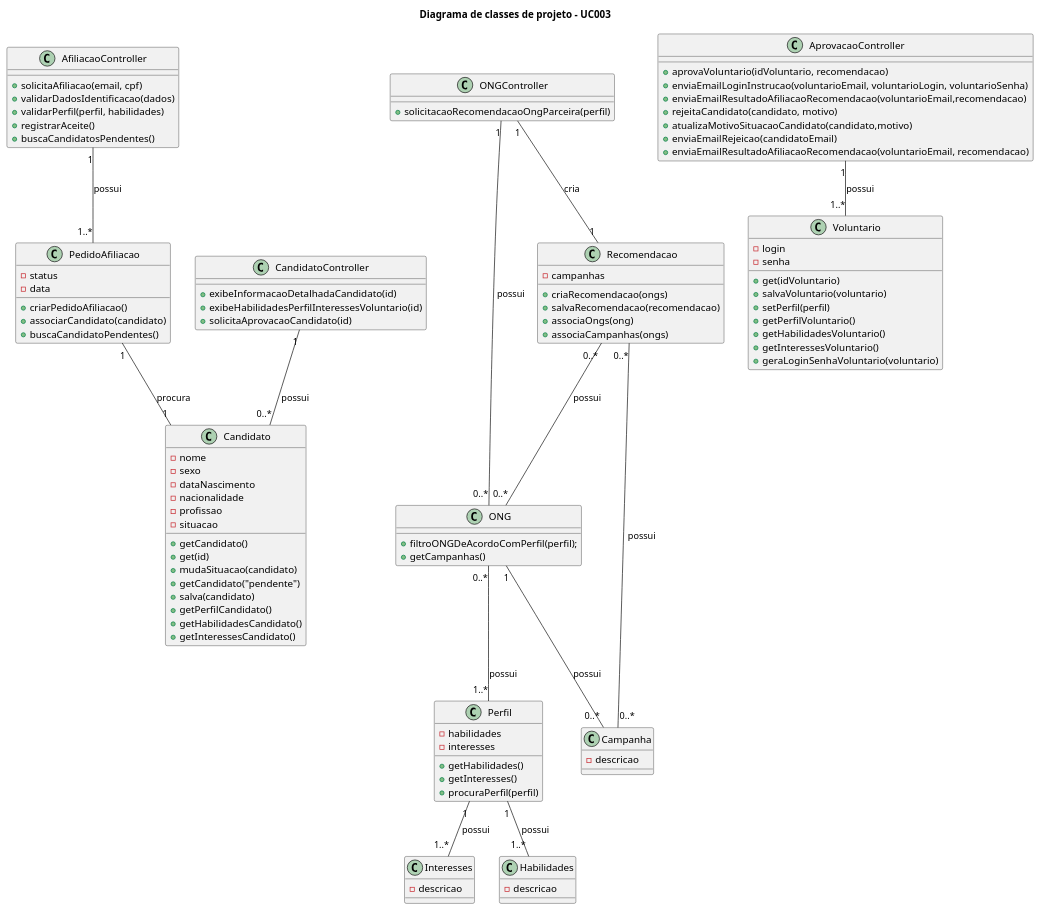
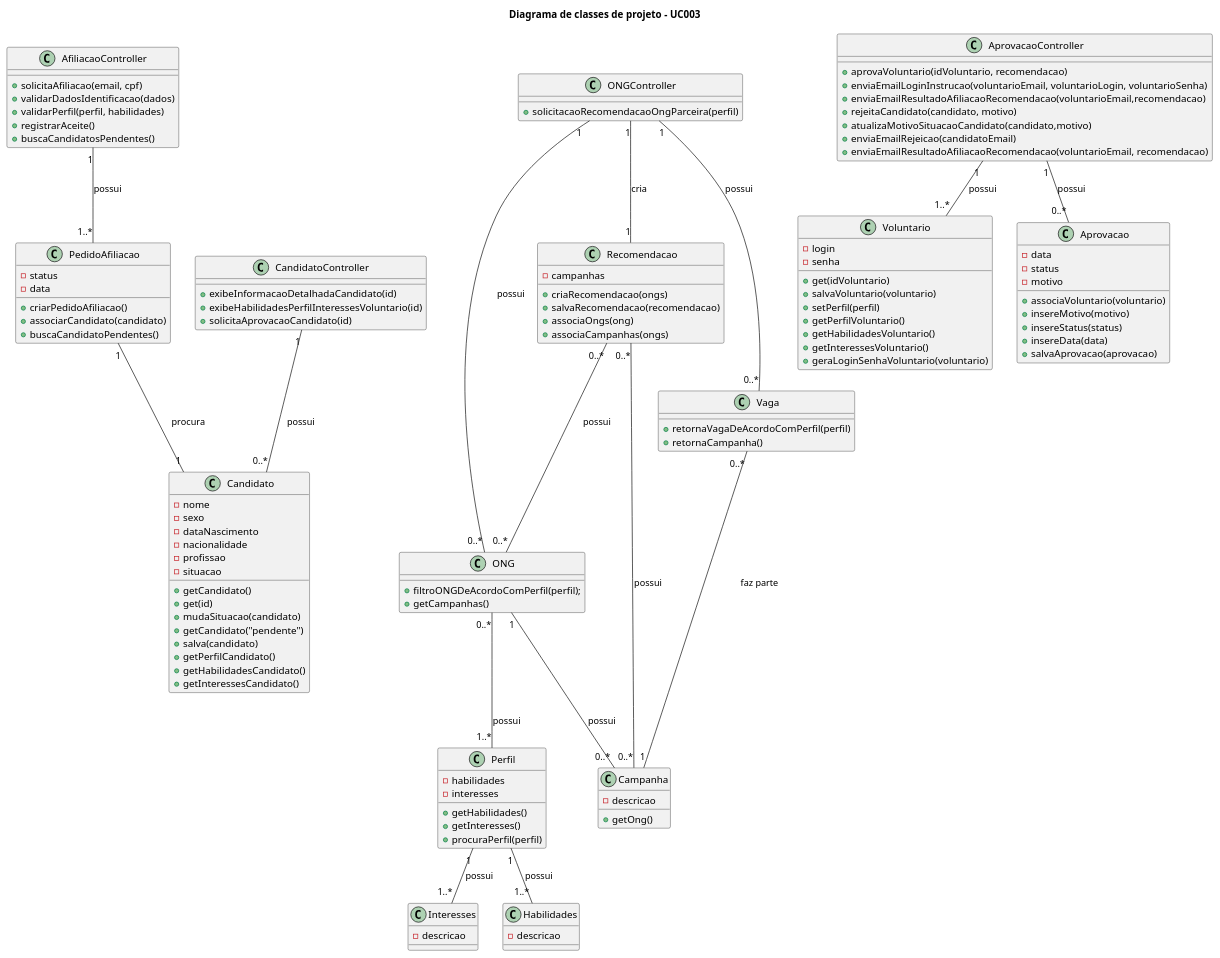
The diagram in docs/diagrama-de-classes-projeto/classes-projeto-uc03.puml (guisgiacomini/redeMaisSocialProjetoSoftware), drawn with PlantUML before and after one commit.

Commit message:
Update diagrama de classes de projeto

```diff
--- a/docs/diagrama-de-classes-projeto/classes-projeto-uc03.puml
+++ b/docs/diagrama-de-classes-projeto/classes-projeto-uc03.puml
@@ -1,128 +1,152 @@
 @startuml
 
 title Diagrama de classes de projeto - UC003
 
 ' Primeira Etapa
 
 class AfiliacaoController {
     +solicitaAfiliacao(email, cpf)
     +validarDadosIdentificacao(dados)
     +validarPerfil(perfil, habilidades)
     +registrarAceite()
     +buscaCandidatosPendentes()
 }
 
 class PedidoAfiliacao {
     -status
     -data
     +criarPedidoAfiliacao()
     +associarCandidato(candidato)
     +buscaCandidatoPendentes()
 
 }
 
 class Candidato {
     -nome
     -sexo
     -dataNascimento
     -nacionalidade
     -profissao
     -situacao
     +getCandidato()
     +get(id)
     +mudaSituacao(candidato)
     +getCandidato("pendente")
     +salva(candidato)
     +getPerfilCandidato()
     +getHabilidadesCandidato()
     +getInteressesCandidato()
 }
 
 
 AfiliacaoController "1" -- "1..*" PedidoAfiliacao: possui
 PedidoAfiliacao "1" -- "1" Candidato: procura
 
 class CandidatoController {
     +exibeInformacaoDetalhadaCandidato(id)
     +exibeHabilidadesPerfilInteressesVoluntario(id)
     +solicitaAprovacaoCandidato(id)
 }
 
 CandidatoController "1" -- "0..*" Candidato: possui
 
 class ONGController {
     +solicitacaoRecomendacaoOngParceira(perfil)
 }
 
 class ONG {
     +filtroONGDeAcordoComPerfil(perfil);
     +getCampanhas()
 }
 
 class Perfil {
     -habilidades
     -interesses
     +getHabilidades()
     +getInteresses()
     +procuraPerfil(perfil)
 }
 
 
 ONGController "1" -- "0..*" ONG: possui
 ONG "0..*" -- "1..*" Perfil: possui
 
 class Recomendacao {
     -campanhas
     +criaRecomendacao(ongs)
     +salvaRecomendacao(recomendacao)
     +associaOngs(ong)
     +associaCampanhas(ongs)
 }
 
 class Campanha {
     -descricao
+    +getOng()
 }
 
 
 ONGController "1" -- "1" Recomendacao: cria
 Recomendacao "0..*" -- "0..*" ONG: possui
 Recomendacao "0..*" -- "0..*" Campanha: possui
 
 class AprovacaoController {
     +aprovaVoluntario(idVoluntario, recomendacao)
     +enviaEmailLoginInstrucao(voluntarioEmail, voluntarioLogin, voluntarioSenha)
     +enviaEmailResultadoAfiliacaoRecomendacao(voluntarioEmail,recomendacao)
     +rejeitaCandidato(candidato, motivo)
     +atualizaMotivoSituacaoCandidato(candidato,motivo)
     +enviaEmailRejeicao(candidatoEmail)
     +enviaEmailResultadoAfiliacaoRecomendacao(voluntarioEmail, recomendacao)
 }
 
 class Voluntario {
     -login
     -senha
     +get(idVoluntario)
     +salvaVoluntario(voluntario)
     +setPerfil(perfil)
     +getPerfilVoluntario()
     +getHabilidadesVoluntario()
     +getInteressesVoluntario()
     +geraLoginSenhaVoluntario(voluntario)
 }
 
 AprovacaoController "1" -- "1..*" Voluntario: possui
 
 class Interesses {
     -descricao
 }
 
 class Habilidades {
     -descricao
 }
 
 Perfil "1" -- "1..*" Interesses: possui
 Perfil "1" -- "1..*" Habilidades: possui
 
 ONG "1" -- "0..*" Campanha: possui
 
+class Aprovacao {
+    -data
+    -status
+    -motivo
+    +associaVoluntario(voluntario)
+    +insereMotivo(motivo)
+    +insereStatus(status)
+    +insereData(data)
+    +salvaAprovacao(aprovacao)
+}
+
+AprovacaoController "1" -- "0..*" Aprovacao: possui
+
+class Vaga {
+    +retornaVagaDeAcordoComPerfil(perfil)
+    +retornaCampanha()
+}
+
+ONGController "1" -- "0..*" Vaga: possui
+
+
+Vaga "0..*" -- "1" Campanha: faz parte
+
 @enduml
```
